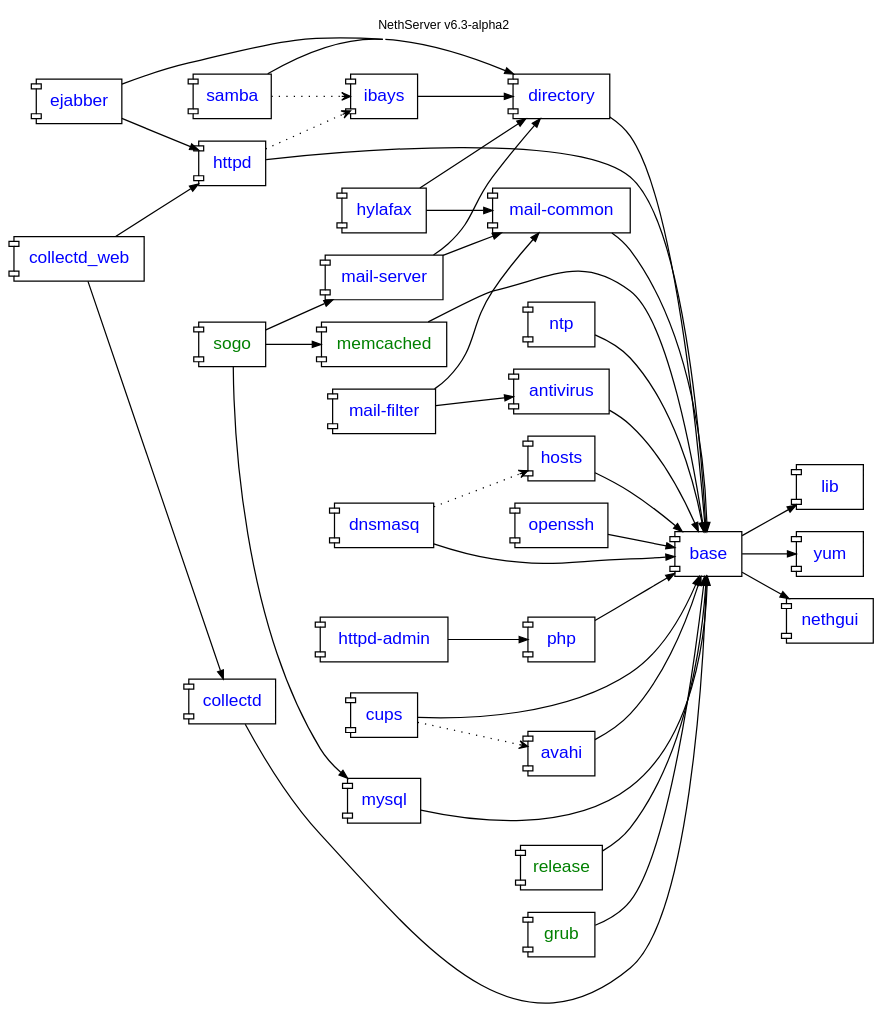
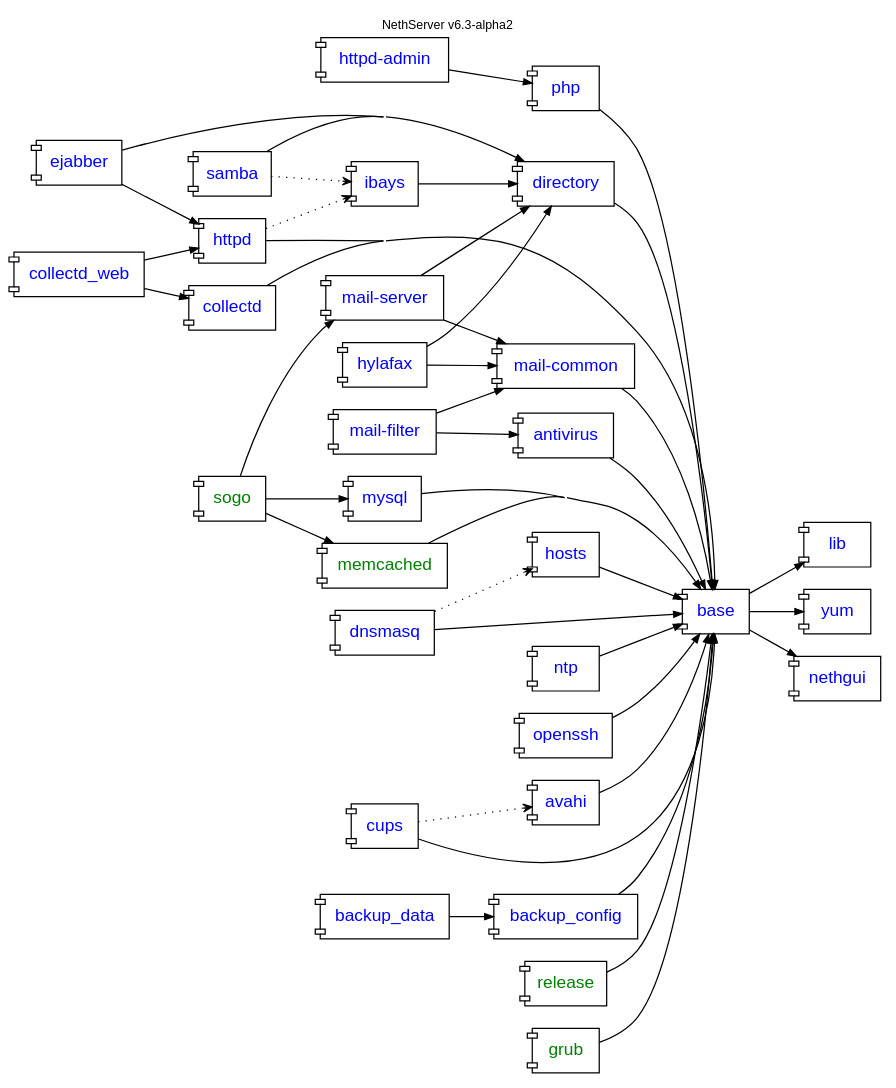
Before and after one commit to nethesis/dev-nethesis-it: the diagram in nethserver/package-dependencies.dot, drawn with Graphviz.

Commit message:
package-dependencies.dot: add backup-config and backup-data packages

```diff
--- a/nethserver/package-dependencies.dot
+++ b/nethserver/package-dependencies.dot
@@ -1,79 +1,83 @@
 digraph "v6.3-alpha2" {
     rankdir = "LR"; compound = true; concentrate = true; fontname = "Helvetica"; fontnames="svg"; fontsize=10.0; label="NethServer v6.3-alpha2"; labelloc = "t"
 
     node [shape="component",fontname="Helvetica"];
     edge [arrowsize=0.7];
 
     httpd_admin [fontcolor=blue,label="httpd-admin",URL="http://dev.nethesis.it/projects/nethserver/wiki/nethserver-httpd-admin"];
     base [fontcolor=blue,URL="http://dev.nethesis.it/projects/nethserver/wiki/nethserver-base"];
     directory [fontcolor=blue,URL="http://dev.nethesis.it/projects/nethserver/wiki/nethserver-directory"];    
     samba [fontcolor=blue,URL="http://dev.nethesis.it/projects/nethserver/wiki/nethserver-samba"];    
     ibays [fontcolor=blue,URL="http://dev.nethesis.it/projects/nethserver/wiki/nethserver-ibays"];    
     lib [fontcolor=blue,URL="http://dev.nethesis.it/projects/nethserver/wiki/nethserver-lib"];    
     httpd [fontcolor=blue,URL="http://dev.nethesis.it/projects/nethserver/wiki/nethserver-httpd"];    
     hosts [fontcolor=blue,URL="http://dev.nethesis.it/projects/nethserver/wiki/nethserver-hosts"];
     php [fontcolor=blue,URL="http://dev.nethesis.it/projects/nethserver/wiki/nethserver-php"];
     yum [fontcolor=blue,URL="http://dev.nethesis.it/projects/nethserver/wiki/nethserver-yum"];
     ntp [fontcolor=blue,URL="http://dev.nethesis.it/projects/nethserver/wiki/nethserver-ntp"];
     dnsmasq [fontcolor=blue,URL="http://dev.nethesis.it/projects/nethserver/wiki/nethserver-dnsmasq"];
     mails [label="mail-server",fontcolor=blue,URL="http://dev.nethesis.it/projects/nethserver/wiki/nethserver-mail-server"];
     mailf [label="mail-filter",fontcolor=blue,URL="http://dev.nethesis.it/projects/nethserver/wiki/nethserver-mail-filter"];
     mailc [label="mail-common",fontcolor=blue,URL="http://dev.nethesis.it/projects/nethserver/wiki/nethserver-mail-common"];
     nethgui [fontcolor=blue,URL="http://dev.nethesis.it/projects/nethgui"];    
     openssh [fontcolor=blue,URL="http://dev.nethesis.it/projects/nethserver/wiki/nethserver-openssh"];
     antivirus [fontcolor=blue,URL="http://dev.nethesis.it/projects/nethserver/wiki/nethserver-antivirus"];
     cups [fontcolor=blue,URL="http://dev.nethesis.it/projects/nethserver/wiki/nethserver-cups"];
     avahi [fontcolor=blue];
     ejabber [fontcolor=blue,URL="http://dev.nethesis.it/projects/nethserver/wiki/nethserver-ejabberd"];
     mysql [fontcolor=blue,URL="http://dev.nethesis.it/projects/nethserver/wiki/nethserver-mysql"];
     hylafax [fontcolor=blue,URL="http://dev.nethesis.it/projects/nethserver/wiki/nethserver-hylafax"];
     collectd [fontcolor=blue,URL="http://dev.nethesis.it/projects/nethserver/wiki/nethserver-collectd"];
     collectd_web [fontcolor=blue,URL="http://dev.nethesis.it/projects/nethserver/wiki/nethserver-collectd-web"];
+    backup_data [fontcolor=blue,URL="http://dev.nethesis.it/projects/nethserver/wiki/nethserver-backup"];
+    backup_config [fontcolor=blue,URL="http://dev.nethesis.it/projects/nethserver/wiki/nethserver-backup"];
 
     release [fontcolor=green,URL="https://dev.nethesis.it/projects/nethserver/wiki/nethserver-base/repository/nethserver-release"];
     grub [fontcolor=green,URL="https://dev.nethesis.it/projects/nethserver/wiki/nethserver-base/repository/nethserver-grub"];
     memcached [fontcolor=green,URL="https://dev.nethesis.it/projects/nethserver/wiki/nethserver/repository/nethserver-memcached"];
     sogo [fontcolor=green,URL="https://dev.nethesis.it/projects/nethserver/wiki/nethserver/repository/nethserver-sogo"];    
 
     
     base -> lib
     base -> nethgui
     openssh -> base
     directory -> base
     samba -> directory
     ibays -> directory
     httpd -> base
     httpd -> ibays [style=dotted,arrowhead=vee];
     dnsmasq -> hosts [style=dotted,arrowhead=vee];
     dnsmasq -> base
     hosts -> base
     httpd_admin -> php
     samba -> ibays [style=dotted,arrowhead=vee];
     base -> yum
     ntp -> base
     php -> base
     mails -> directory
     mails -> mailc
     mailf -> mailc
     mailf -> antivirus
     mailc -> base
     antivirus -> base
     release -> base
     grub -> base
     cups -> base
     avahi -> base
     cups -> avahi [style=dotted,arrowhead=vee];
     ejabber -> directory
     ejabber -> httpd
     mysql -> base
     hylafax -> directory
     hylafax -> mailc
     sogo -> memcached
     sogo -> mails
     sogo -> mysql
     memcached -> base
     collectd -> base
     collectd_web -> collectd
     collectd_web -> httpd
+    backup_config -> base
+    backup_data -> backup_config
 
 }
```
